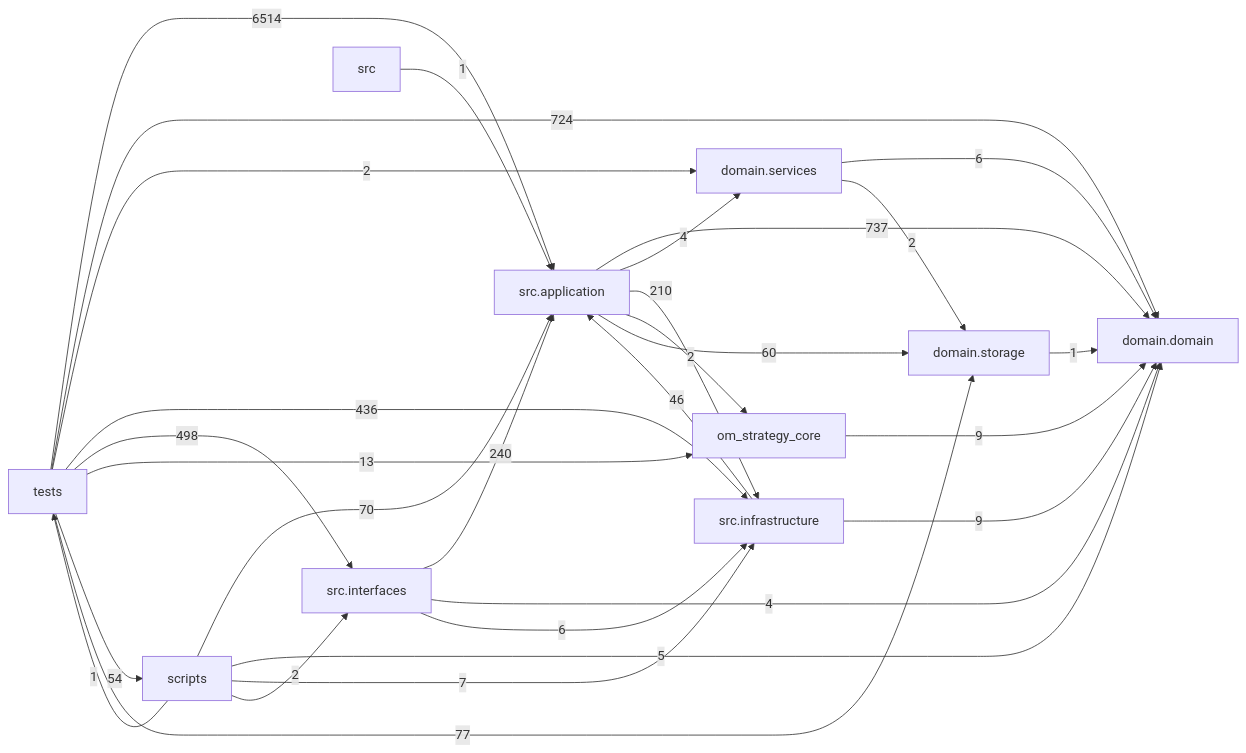
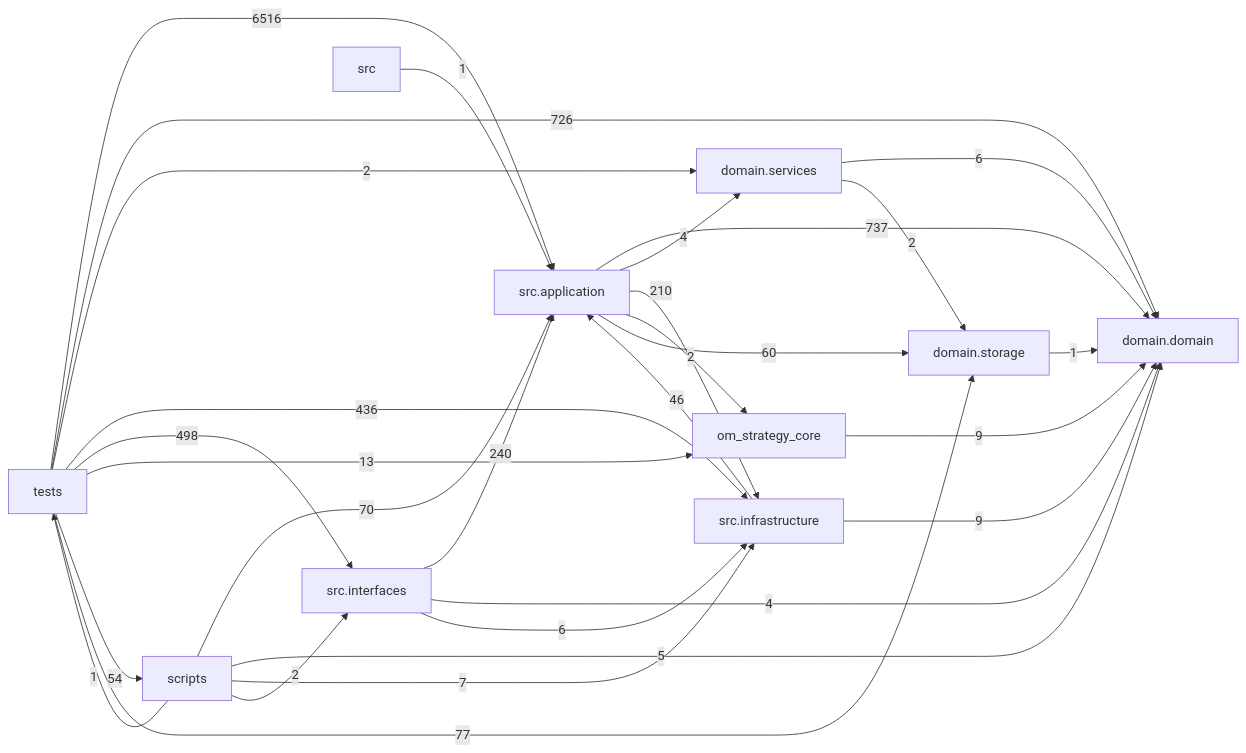
Before and after one commit to liuxie066/options-monitor: the diagram in docs/DEPENDENCY_GRAPH.md, drawn with Mermaid. The commit also changed other lines of this file and 3 other files, not shown here.

````diff
--- a/docs/DEPENDENCY_GRAPH.md
+++ b/docs/DEPENDENCY_GRAPH.md
@@ -24,39 +24,39 @@
 ```mermaid
 flowchart LR
   tests["tests"]
   scripts["scripts"]
   interfaces["src.interfaces"]
   application["src.application"]
   infrastructure["src.infrastructure"]
   domain_services["domain.services"]
   domain["domain.domain"]
   storage["domain.storage"]
   application -->|737| domain
   application -->|4| domain_services
   application -->|210| infrastructure
   application -->|2| om_strategy_core
   application -->|60| storage
   domain_services -->|6| domain
   domain_services -->|2| storage
   infrastructure -->|46| application
   infrastructure -->|9| domain
   interfaces -->|240| application
   interfaces -->|4| domain
   interfaces -->|6| infrastructure
   om_strategy_core -->|9| domain
   scripts -->|70| application
   scripts -->|5| domain
   scripts -->|7| infrastructure
   scripts -->|2| interfaces
   scripts -->|1| tests
   src -->|1| application
   storage -->|1| domain
-  tests -->|6514| application
-  tests -->|724| domain
+  tests -->|6516| application
+  tests -->|726| domain
   tests -->|2| domain_services
   tests -->|436| infrastructure
   tests -->|498| interfaces
   tests -->|13| om_strategy_core
   tests -->|54| scripts
   tests -->|77| storage
 ```
````
